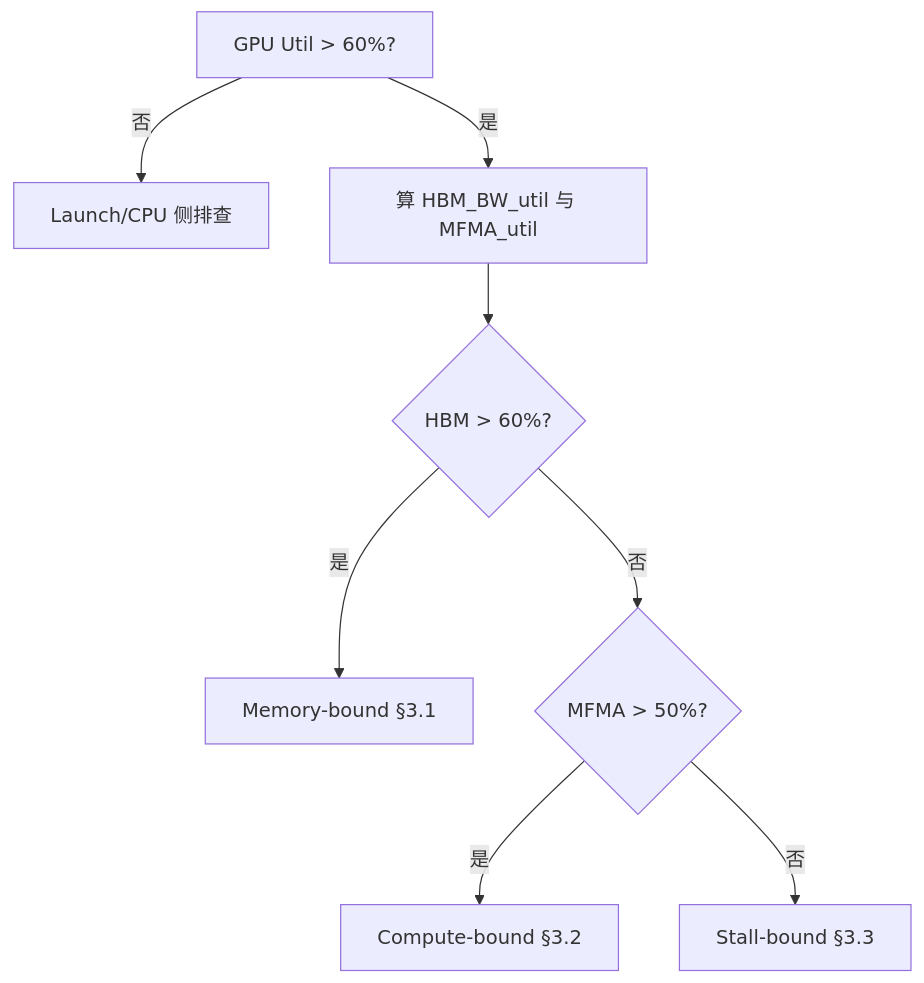
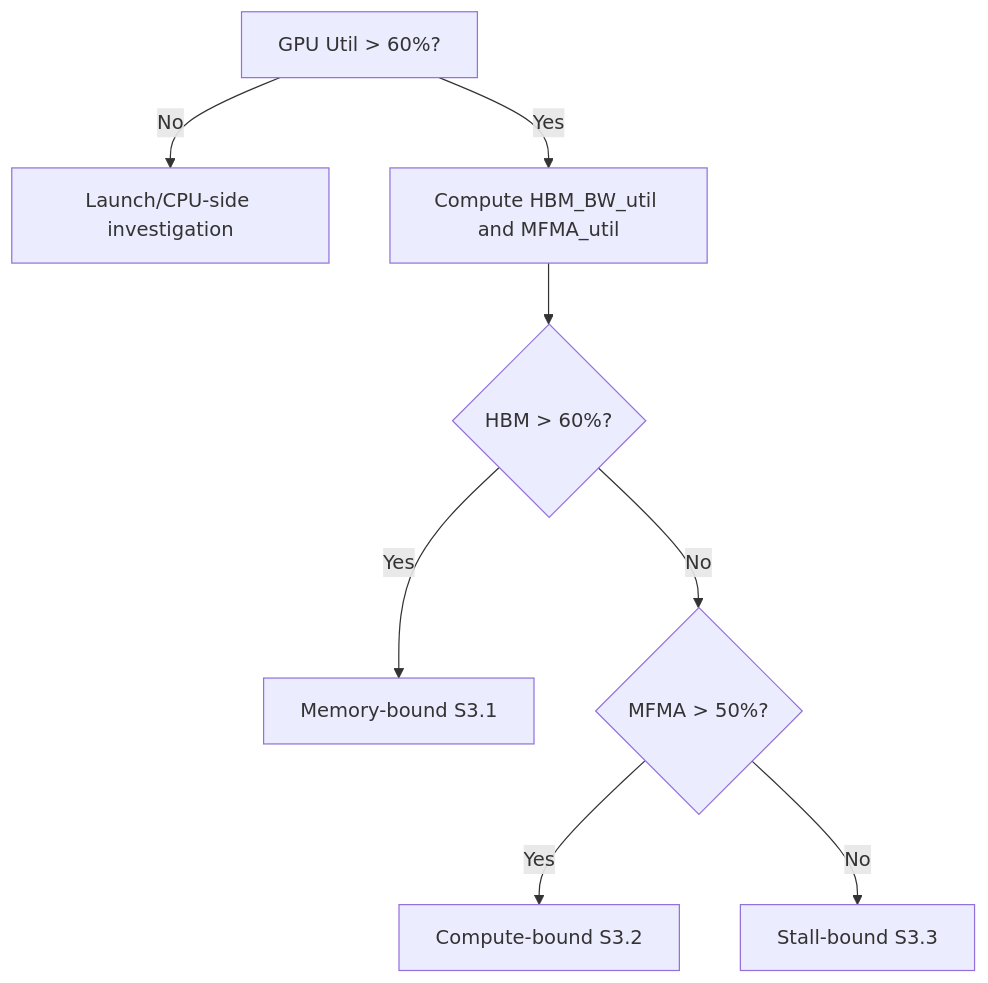
One commit to ChengYao-amd/amd_kernel_skill changed the diagram in references/toolchain/profiling-decision-tree.md. Above: the diagram before and after it, drawn with Mermaid. The commit also changed other lines of this file and 47 other files, not shown here.

````diff
--- a/references/toolchain/profiling-decision-tree.md
+++ b/references/toolchain/profiling-decision-tree.md
@@ -96,10 +96,10 @@
 ```mermaid
 flowchart TD
-  A[GPU Util > 60%?] -->|否| B[Launch/CPU 侧排查]
-  A -->|是| C[算 HBM_BW_util 与 MFMA_util]
+  A[GPU Util > 60%?] -->|No| B[Launch/CPU-side investigation]
+  A -->|Yes| C[Compute HBM_BW_util and MFMA_util]
   C --> D{HBM > 60%?}
-  D -->|是| E[Memory-bound §3.1]
-  D -->|否| F{MFMA > 50%?}
-  F -->|是| G[Compute-bound §3.2]
-  F -->|否| H[Stall-bound §3.3]
+  D -->|Yes| E[Memory-bound S3.1]
+  D -->|No| F{MFMA > 50%?}
+  F -->|Yes| G[Compute-bound S3.2]
+  F -->|No| H[Stall-bound S3.3]
 ```
````
